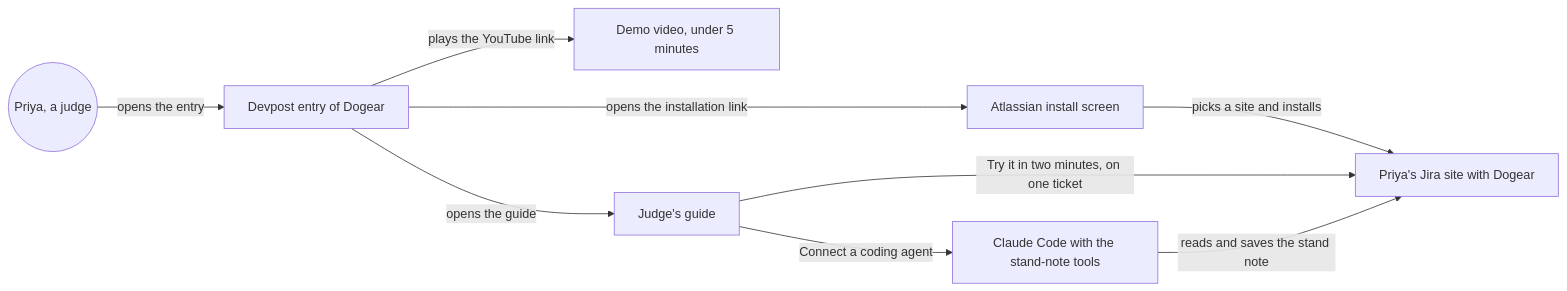
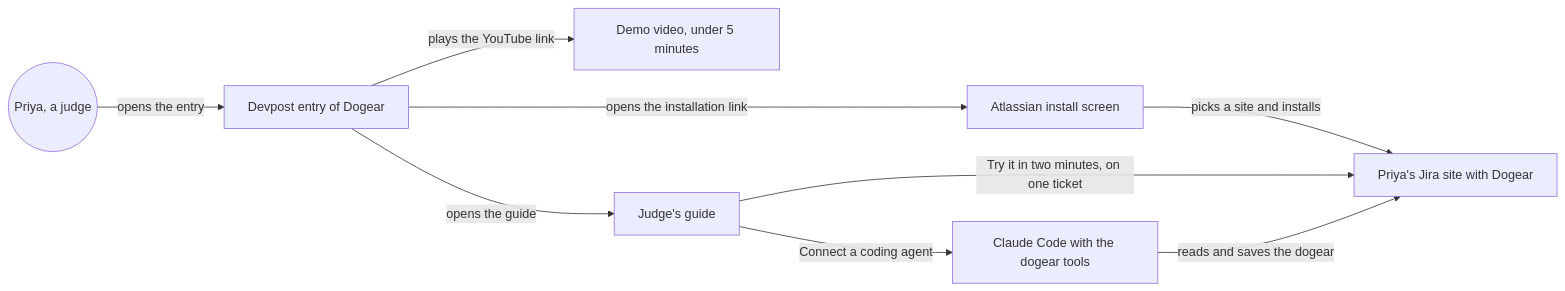
The first of 2 diagrams in docs/specs/judge-ready-entry.md (dzaffren/dogear), drawn with Mermaid before and after one commit. The commit also changed other lines of this file, not shown here.

````diff
--- a/docs/specs/judge-ready-entry.md
+++ b/docs/specs/judge-ready-entry.md
@@ -75,11 +75,11 @@
 ```mermaid
 flowchart LR
     J((Priya, a judge)) -- "opens the entry" --> D[Devpost entry of Dogear]
     D -- "plays the YouTube link" --> V[Demo video, under 5 minutes]
     D -- "opens the installation link" --> I[Atlassian install screen]
     I -- "picks a site and installs" --> S[Priya's Jira site with Dogear]
     D -- "opens the guide" --> G[Judge's guide]
     G -- "Try it in two minutes, on one ticket" --> S
-    G -- "Connect a coding agent" --> C[Claude Code with the stand-note tools]
-    C -- "reads and saves the stand note" --> S
+    G -- "Connect a coding agent" --> C[Claude Code with the dogear tools]
+    C -- "reads and saves the dogear" --> S
 ```
````
